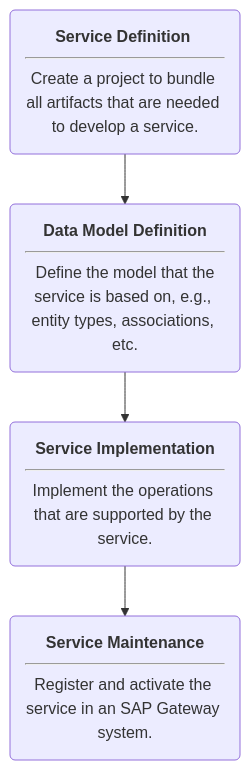
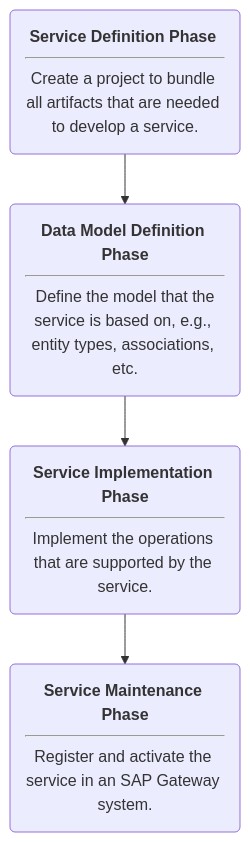
One commit to theobald-software/helpcenter.theobald-software.github.io changed the diagram in projects/xtract-universal/docs/knowledge-base/create-odata-services-using-the-sap-gateway-builder.md. Above: the diagram before and after it, drawn with Mermaid.

````diff
--- a/projects/xtract-universal/docs/knowledge-base/create-odata-services-using-the-sap-gateway-builder.md
+++ b/projects/xtract-universal/docs/knowledge-base/create-odata-services-using-the-sap-gateway-builder.md
@@ -27,6 +27,6 @@
 ``` mermaid
 graph TD
-  A(<b>Service Definition</b> <br><hr>Create a project to bundle all artifacts that are needed to develop a service.) --> B(<b>Data Model Definition</b><br><hr> Define the model that the service is based on, e.g., entity types, associations, etc.);
-  B -->C(<b>Service Implementation</b><br><hr>Implement the operations that are supported by the service.);
-  C --> D(<b>Service Maintenance</b><br><hr>Register and activate the service in an SAP Gateway system.);
+  A(<b>Service Definition Phase</b> <br><hr>Create a project to bundle all artifacts that are needed to develop a service.) --> B(<b>Data Model Definition Phase</b><br><hr> Define the model that the service is based on, e.g., entity types, associations, etc.);
+  B -->C(<b>Service Implementation Phase</b><br><hr>Implement the operations that are supported by the service.);
+  C --> D(<b>Service Maintenance Phase</b><br><hr>Register and activate the service in an SAP Gateway system.);
 ```
````
